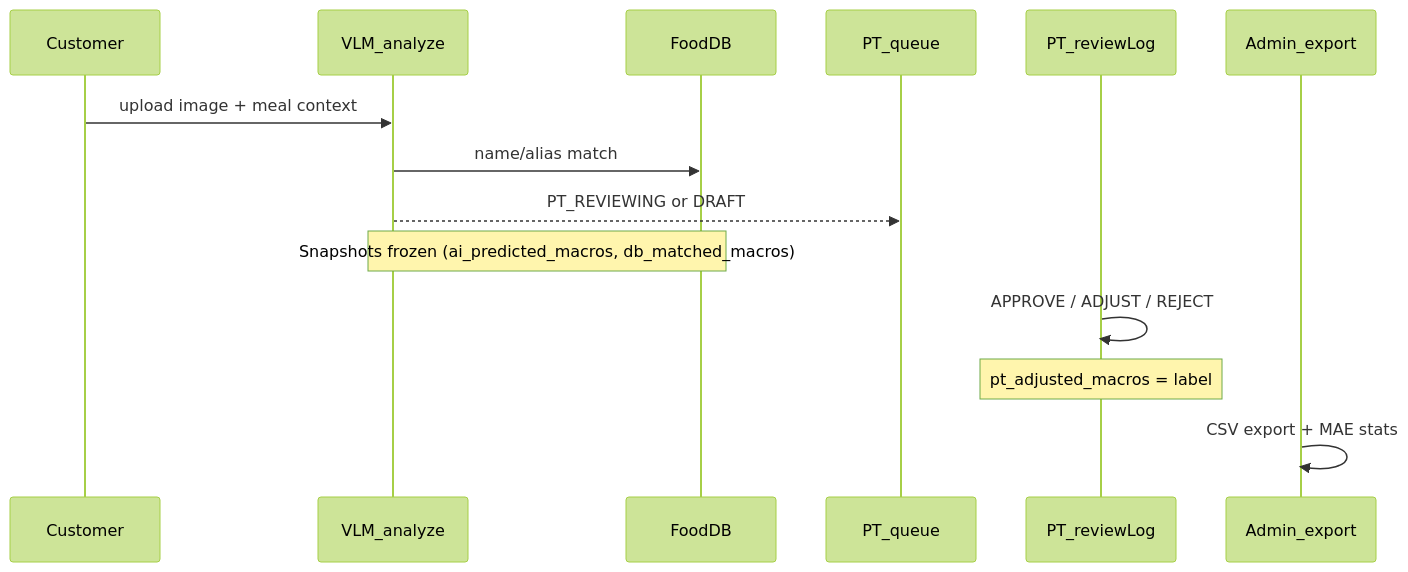
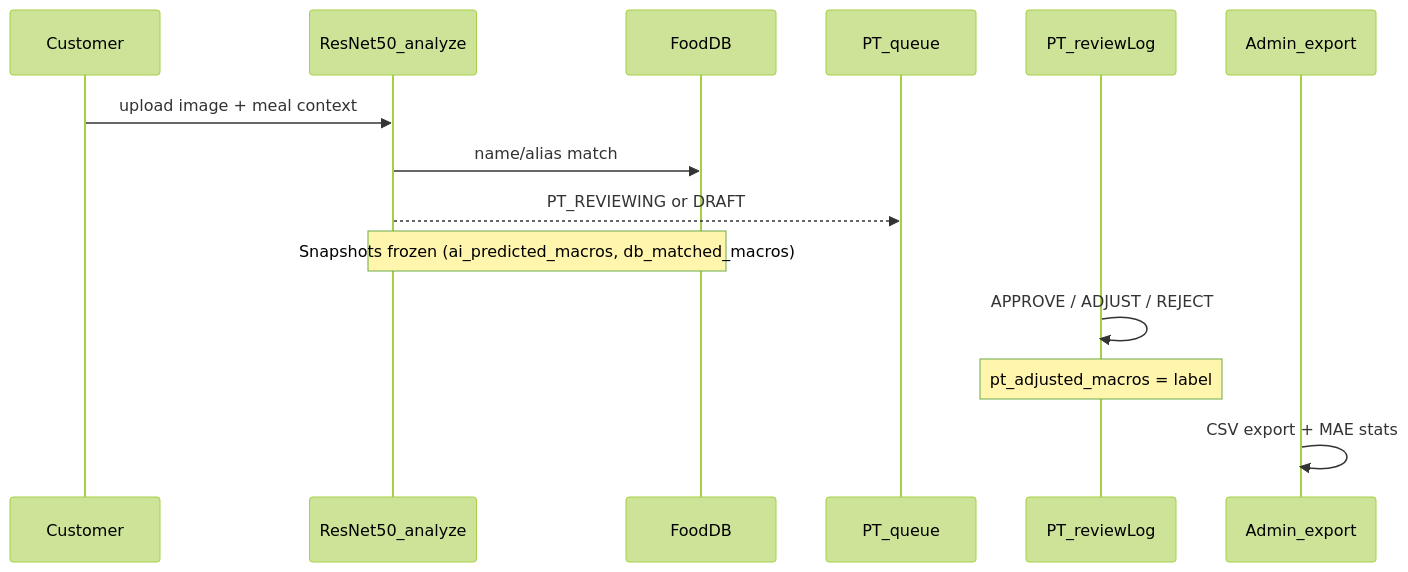
One commit to datctdev/nutrican changed the diagram in docs/RBL_METHODOLOGY.md. Above: the diagram before and after it, drawn with Mermaid (forest theme). The commit also changed other lines of this file and 67 other files, not shown here.

````diff
--- a/docs/RBL_METHODOLOGY.md
+++ b/docs/RBL_METHODOLOGY.md
@@ -9,17 +9,17 @@
 ```mermaid
 sequenceDiagram
     participant C as Customer
-    participant CV as VLM_analyze
+    participant CV as ResNet50_analyze
     participant DB as FoodDB
     participant Q as PT_queue
     participant PT as PT_reviewLog
     participant AD as Admin_export
 
     C->>CV: upload image + meal context
     CV->>DB: name/alias match
     CV-->>Q: PT_REVIEWING or DRAFT
     Note over CV,DB: Snapshots frozen (ai_predicted_macros, db_matched_macros)
     PT->>PT: APPROVE / ADJUST / REJECT
     Note over PT: pt_adjusted_macros = label
     AD->>AD: CSV export + MAE stats
 ```
````
